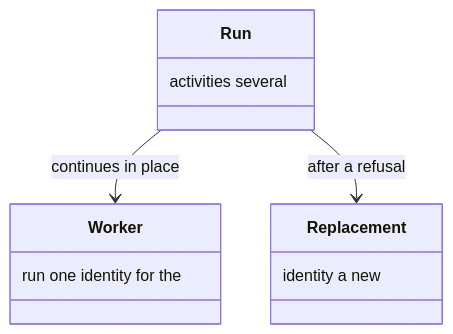
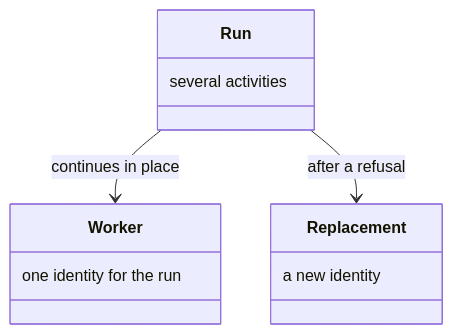
One commit to m2ux/workflow-server changed the eighth of 18 diagrams in docs/dispatch.md. Above: the diagram before and after it, drawn with Mermaid. The commit also changed other lines of this file and 10 other files, not shown here.

Commit message:
Write each class-box note in reading order so the diagram shows the phrase as written.

````diff
--- a/docs/dispatch.md
+++ b/docs/dispatch.md
@@ -132,14 +132,14 @@
 ```mermaid
 classDiagram
   class Run {
-    activities several
+    several activities
   }
   class Worker {
-    run one identity for the
+    one identity for the run
   }
   class Replacement {
-    identity a new
+    a new identity
   }
   Run --> Worker : continues in place
   Run --> Replacement : after a refusal
 ```
````
